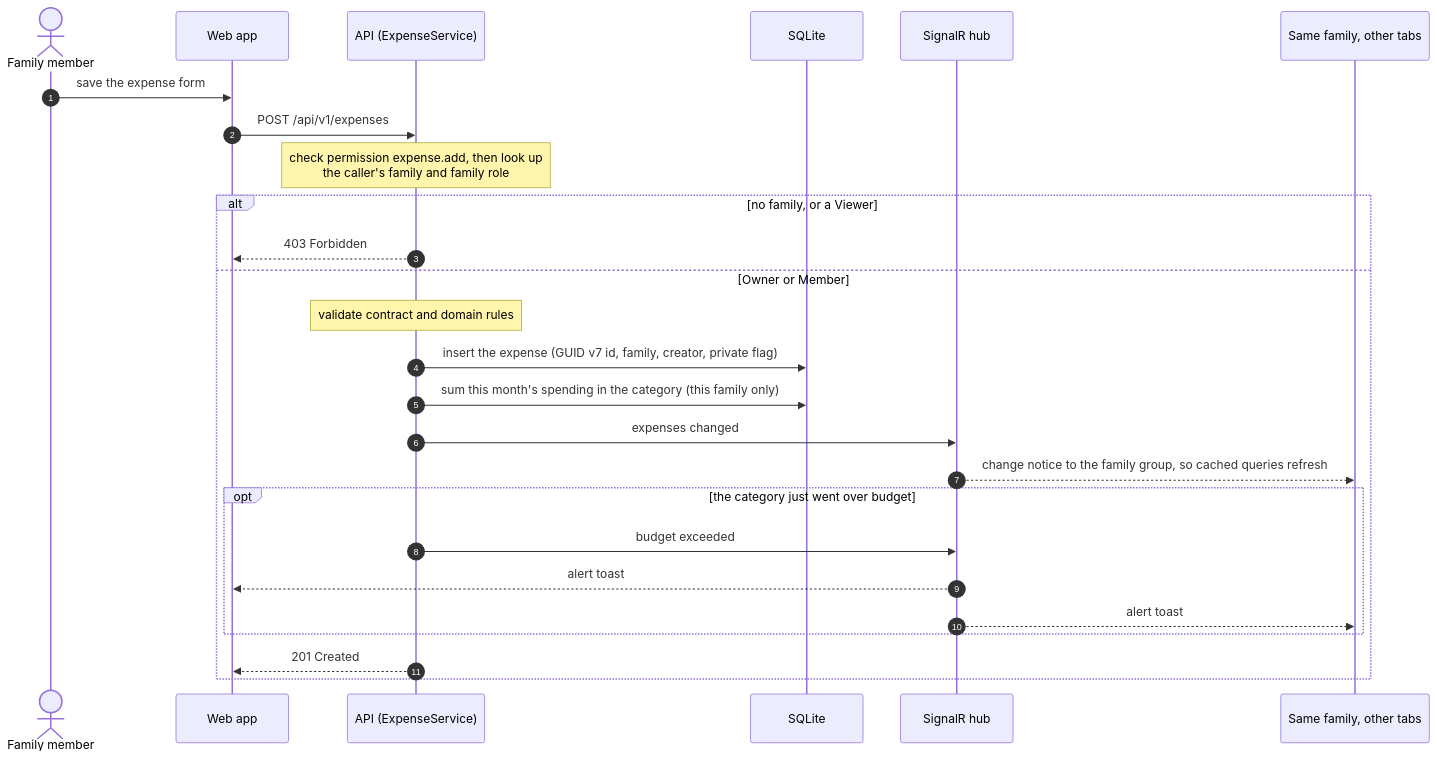
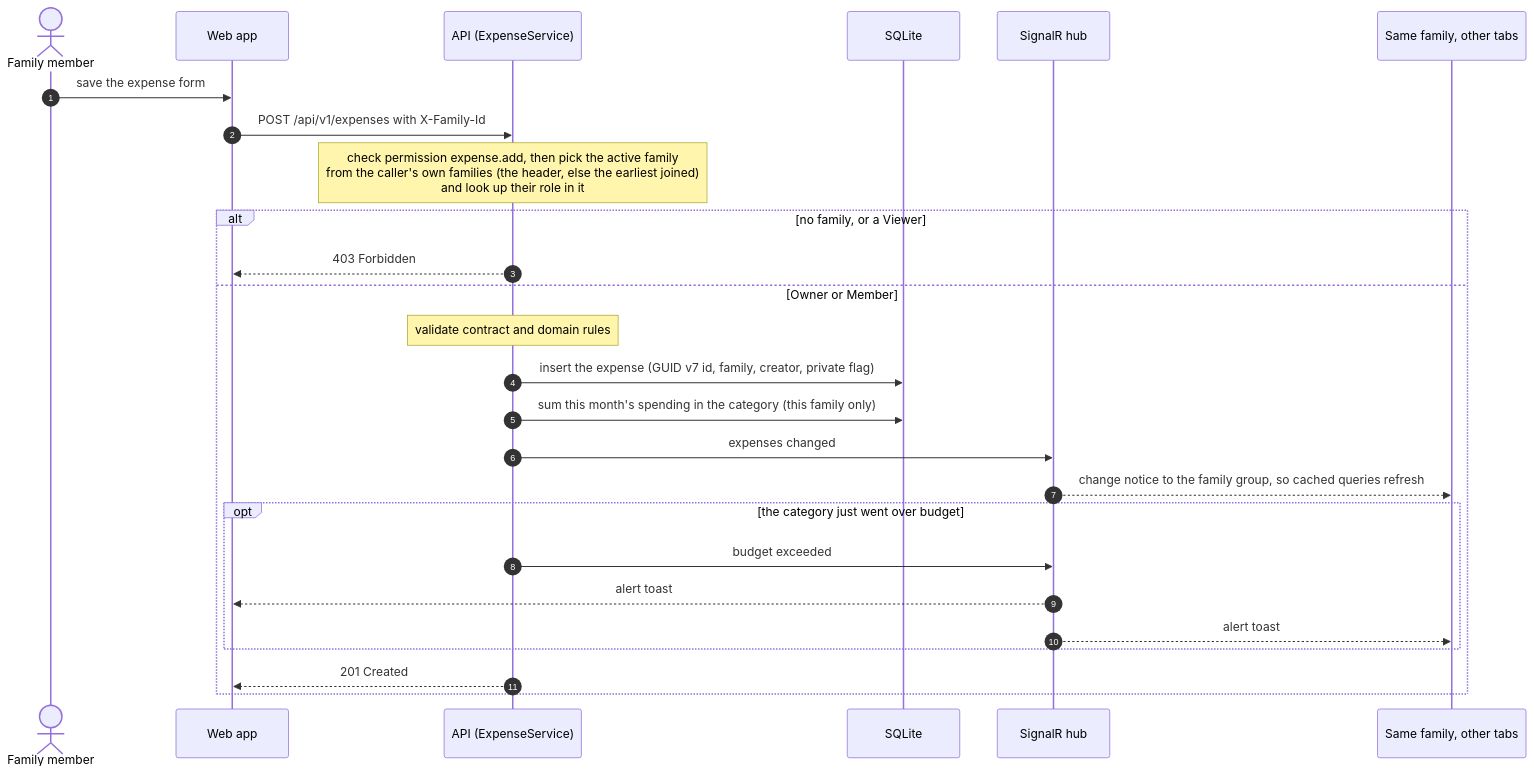
One commit to sushovan-code/Expense-Tracker changed the diagram in docs/diagrams/sequence-add-expense.mmd. Above: the diagram before and after it, drawn with Mermaid. The commit also changed 62 other files, not shown here.

```diff
--- a/docs/diagrams/sequence-add-expense.mmd
+++ b/docs/diagrams/sequence-add-expense.mmd
@@ -1,28 +1,28 @@
 %% Add an expense, with live updates and a budget alert. Claude rewrites this via /update-diagrams.
 sequenceDiagram
   autonumber
   actor U as Family member
   participant W as Web app
   participant A as API (ExpenseService)
   participant D as SQLite
   participant H as SignalR hub
   participant O as Same family, other tabs
 
   U->>W: save the expense form
-  W->>A: POST /api/v1/expenses
-  Note over A: check permission expense.add, then look up<br/>the caller's family and family role
+  W->>A: POST /api/v1/expenses with X-Family-Id
+  Note over A: check permission expense.add, then pick the active family<br/>from the caller's own families (the header, else the earliest joined)<br/>and look up their role in it
   alt no family, or a Viewer
     A-->>W: 403 Forbidden
   else Owner or Member
     Note over A: validate contract and domain rules
     A->>D: insert the expense (GUID v7 id, family, creator, private flag)
     A->>D: sum this month's spending in the category (this family only)
     A->>H: expenses changed
     H-->>O: change notice to the family group, so cached queries refresh
     opt the category just went over budget
       A->>H: budget exceeded
       H-->>W: alert toast
       H-->>O: alert toast
     end
     A-->>W: 201 Created
   end
```
